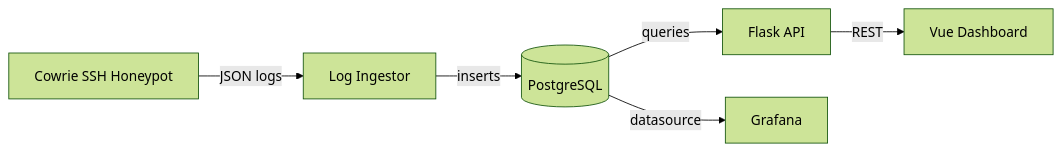
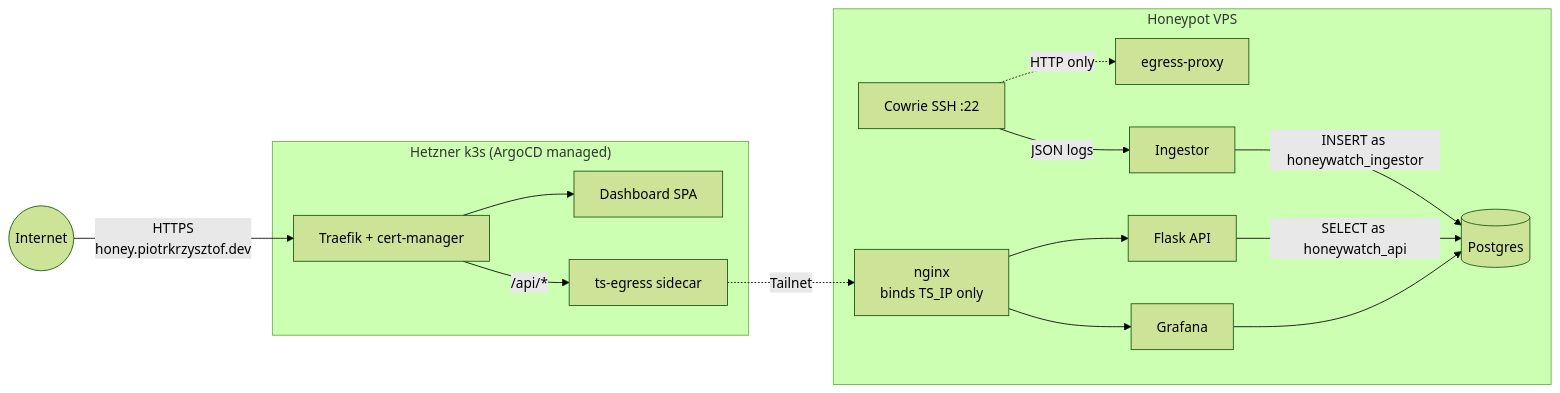
Before and after one commit to straightchlorine/honeywatch: the diagram in README.md, drawn with Mermaid (forest theme). The commit also changed other lines of this file and 118 other files, not shown here.

````diff
--- a/README.md
+++ b/README.md
@@ -12,8 +12,20 @@
 ```mermaid
 graph LR
-    A[Cowrie SSH Honeypot] -->|JSON logs| B[Log Ingestor]
-    B -->|inserts| C[(PostgreSQL)]
-    C -->|queries| D[Flask API]
-    D -->|REST| E[Vue Dashboard]
-    C -->|datasource| F[Grafana]
+    subgraph honeypot["Honeypot VPS"]
+        Cowrie[Cowrie SSH :22] -.->|HTTP only| Egress[egress-proxy]
+        Cowrie -->|JSON logs| Ingestor
+        Ingestor -->|INSERT as honeywatch_ingestor| PG[(Postgres)]
+        API[Flask API] -->|SELECT as honeywatch_api| PG
+        Grafana --> PG
+        Nginx[nginx<br/>binds TS_IP only] --> API
+        Nginx --> Grafana
+    end
+
+    subgraph k3s["Hetzner k3s (ArgoCD managed)"]
+        Traefik[Traefik + cert-manager] --> Dashboard[Dashboard SPA]
+        Traefik -->|/api/*| TSE[ts-egress sidecar]
+    end
+
+    Net((Internet)) -->|HTTPS<br/>honey.piotrkrzysztof.dev| Traefik
+    TSE -.->|Tailnet| Nginx
 ```
````
